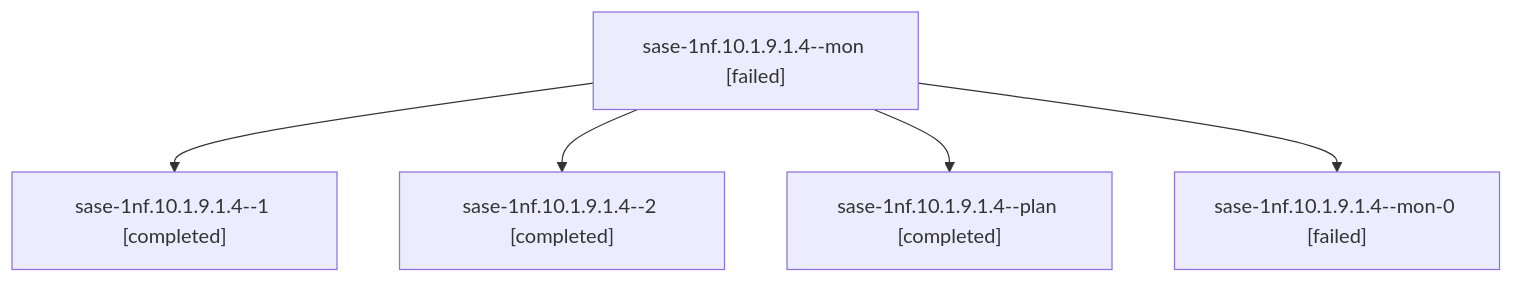
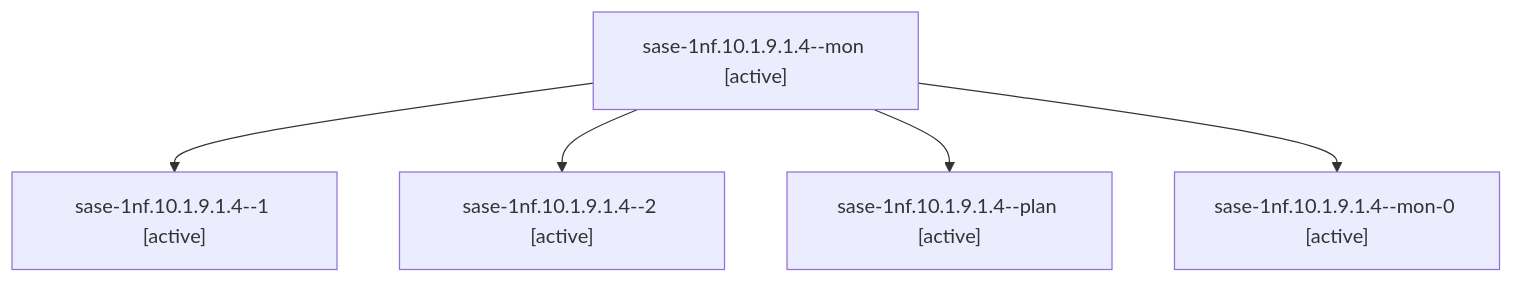
The diagram in sessions/bbugyi200.athena.sase-1nf.10.1.9.1.4.md (sase-org/sase--agents), drawn with Mermaid before and after one commit. The commit also changed other lines of this file and 136 other files, not shown here.

````diff
--- a/sessions/bbugyi200.athena.sase-1nf.10.1.9.1.4.md
+++ b/sessions/bbugyi200.athena.sase-1nf.10.1.9.1.4.md
@@ -9,12 +9,12 @@
 ```mermaid
 flowchart TD
-  n0["sase-1nf.10.1.9.1.4--mon [failed]"]
-  n1["sase-1nf.10.1.9.1.4--1 [completed]"]
+  n0["sase-1nf.10.1.9.1.4--mon [active]"]
+  n1["sase-1nf.10.1.9.1.4--1 [active]"]
   n0 --> n1
-  n2["sase-1nf.10.1.9.1.4--2 [completed]"]
+  n2["sase-1nf.10.1.9.1.4--2 [active]"]
   n0 --> n2
-  n3["sase-1nf.10.1.9.1.4--plan [completed]"]
+  n3["sase-1nf.10.1.9.1.4--plan [active]"]
   n0 --> n3
-  n4["sase-1nf.10.1.9.1.4--mon-0 [failed]"]
+  n4["sase-1nf.10.1.9.1.4--mon-0 [active]"]
   n0 --> n4
 ```
````
